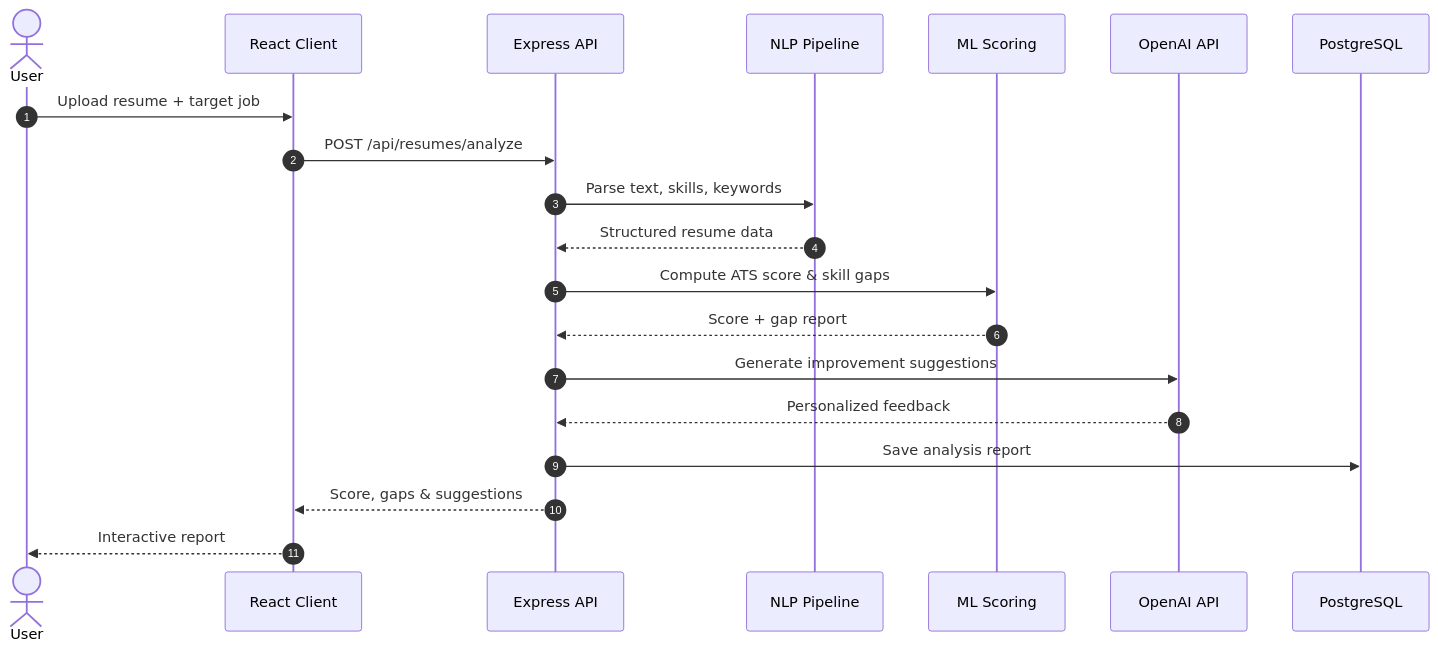
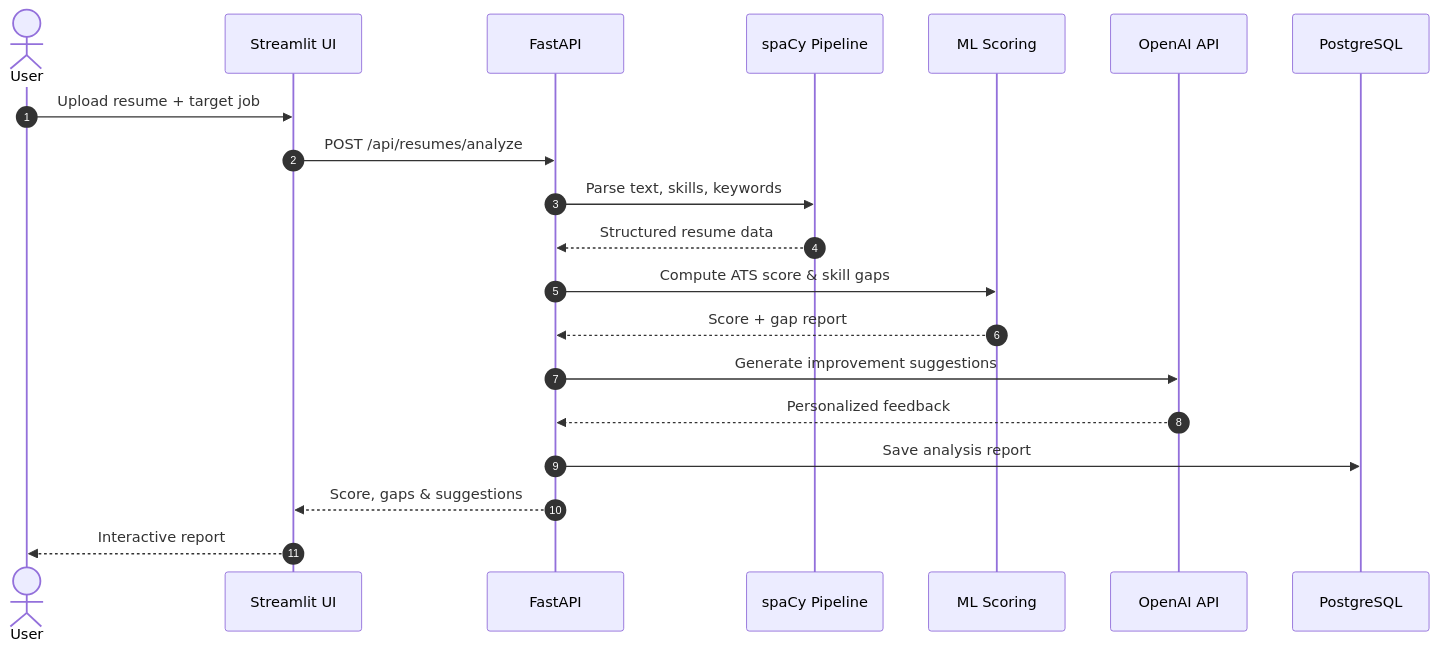
Before and after one commit to im-vishal-jain/Career-Pilot-AI-Learning: the second of 3 diagrams in README.md, drawn with Mermaid. The commit also changed other lines of this file, not shown here.

````diff
--- a/README.md
+++ b/README.md
@@ -188,23 +188,23 @@
 ```mermaid
 sequenceDiagram
     autonumber
     actor User
-    participant UI as React Client
-    participant API as Express API
-    participant NLP as NLP Pipeline
+    participant UI as Streamlit UI
+    participant API as FastAPI
+    participant NLP as spaCy Pipeline
     participant ML as ML Scoring
     participant LLM as OpenAI API
     participant DB as PostgreSQL
 
     User->>UI: Upload resume + target job
     UI->>API: POST /api/resumes/analyze
     API->>NLP: Parse text, skills, keywords
     NLP-->>API: Structured resume data
     API->>ML: Compute ATS score & skill gaps
     ML-->>API: Score + gap report
     API->>LLM: Generate improvement suggestions
     LLM-->>API: Personalized feedback
     API->>DB: Save analysis report
     API-->>UI: Score, gaps & suggestions
     UI-->>User: Interactive report
 ```
````
